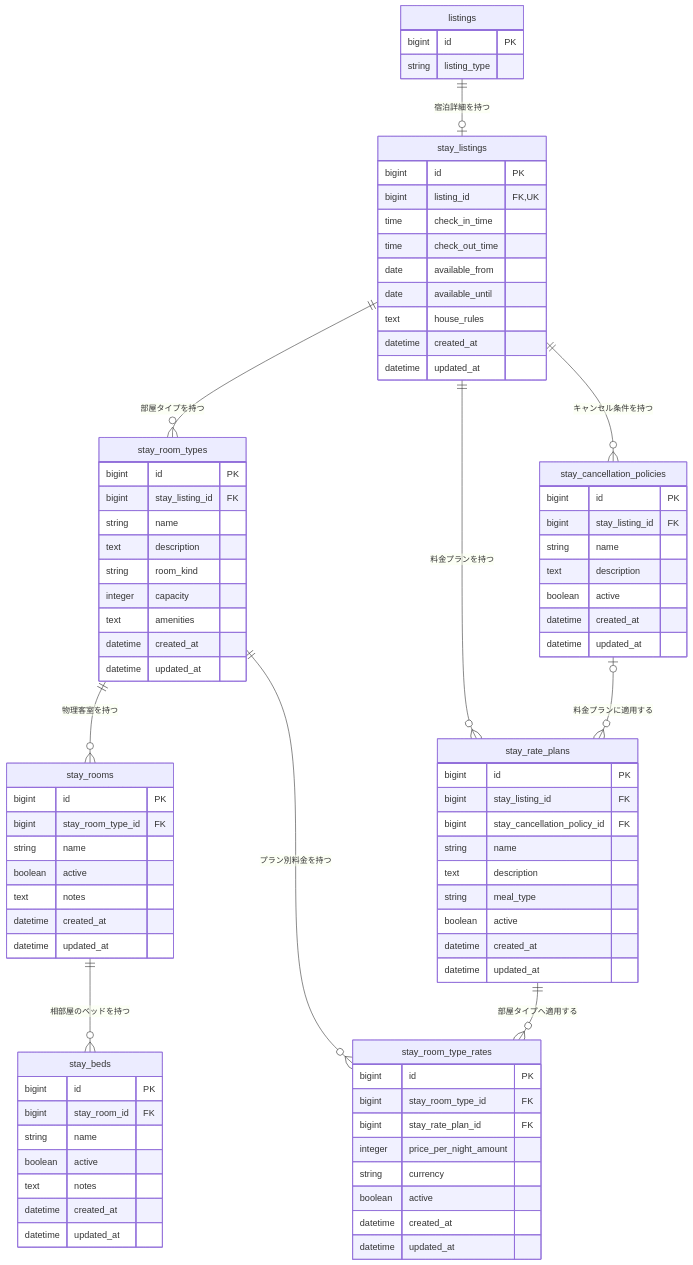
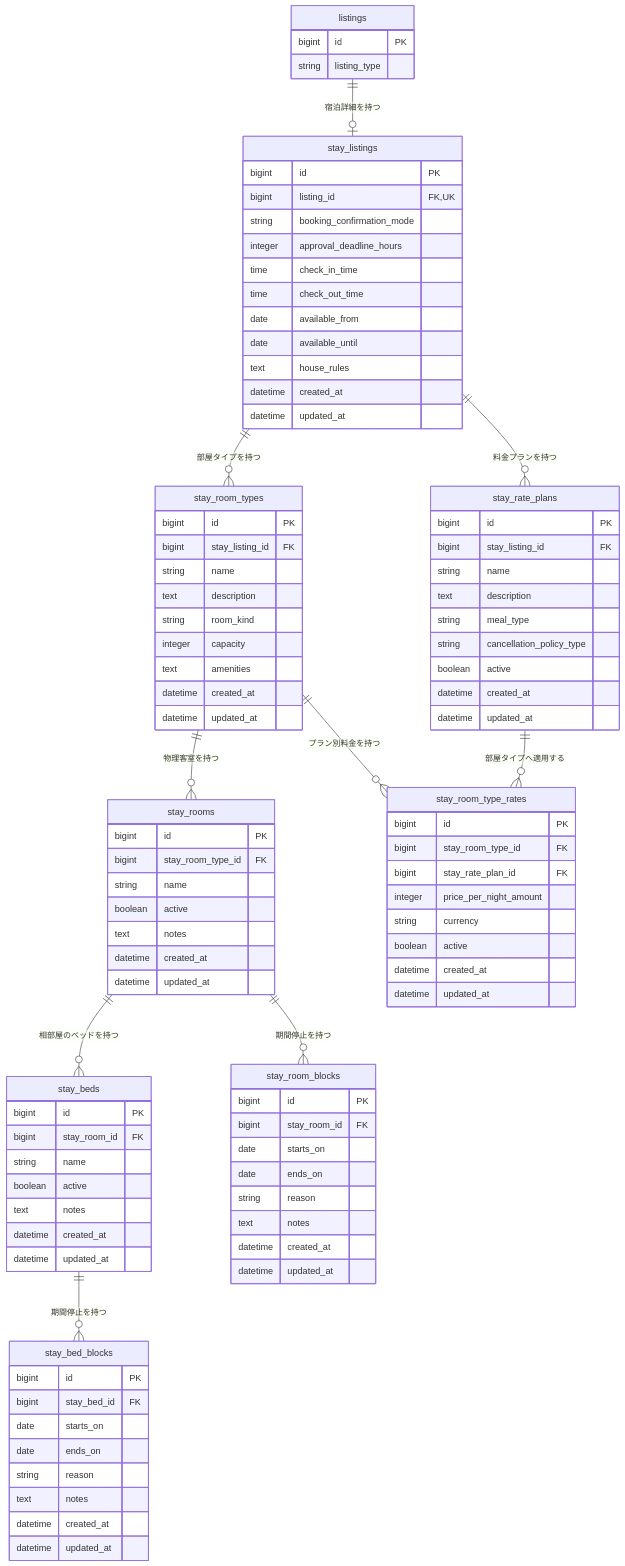
Before and after one commit to t0kio2/community-hub: the diagram in docs/er/01-listing-stay.md, drawn with Mermaid. The commit also changed other lines of this file and 8 other files, not shown here.

````diff
--- a/docs/er/01-listing-stay.md
+++ b/docs/er/01-listing-stay.md
@@ -14,6 +14,8 @@
     stay_listings {
         bigint id PK
         bigint listing_id FK, UK
+        string booking_confirmation_mode
+        integer approval_deadline_hours
         time check_in_time
         time check_out_time
         date available_from
@@ -55,12 +57,24 @@
         datetime updated_at
     }
 
-    stay_cancellation_policies {
+    stay_room_blocks {
         bigint id PK
-        bigint stay_listing_id FK
-        string name
-        text description
-        boolean active
+        bigint stay_room_id FK
+        date starts_on
+        date ends_on
+        string reason
+        text notes
+        datetime created_at
+        datetime updated_at
+    }
+
+    stay_bed_blocks {
+        bigint id PK
+        bigint stay_bed_id FK
+        date starts_on
+        date ends_on
+        string reason
+        text notes
         datetime created_at
         datetime updated_at
     }
@@ -68,10 +82,10 @@
     stay_rate_plans {
         bigint id PK
         bigint stay_listing_id FK
-        bigint stay_cancellation_policy_id FK
         string name
         text description
         string meal_type
+        string cancellation_policy_type
         boolean active
         datetime created_at
         datetime updated_at
@@ -92,9 +106,9 @@
     stay_listings ||--o{ stay_room_types : "部屋タイプを持つ"
     stay_room_types ||--o{ stay_rooms : "物理客室を持つ"
     stay_rooms ||--o{ stay_beds : "相部屋のベッドを持つ"
+    stay_rooms ||--o{ stay_room_blocks : "期間停止を持つ"
+    stay_beds ||--o{ stay_bed_blocks : "期間停止を持つ"
     stay_listings ||--o{ stay_rate_plans : "料金プランを持つ"
-    stay_listings ||--o{ stay_cancellation_policies : "キャンセル条件を持つ"
-    stay_cancellation_policies o|--o{ stay_rate_plans : "料金プランに適用する"
     stay_room_types ||--o{ stay_room_type_rates : "プラン別料金を持つ"
     stay_rate_plans ||--o{ stay_room_type_rates : "部屋タイプへ適用する"
 ```
````
